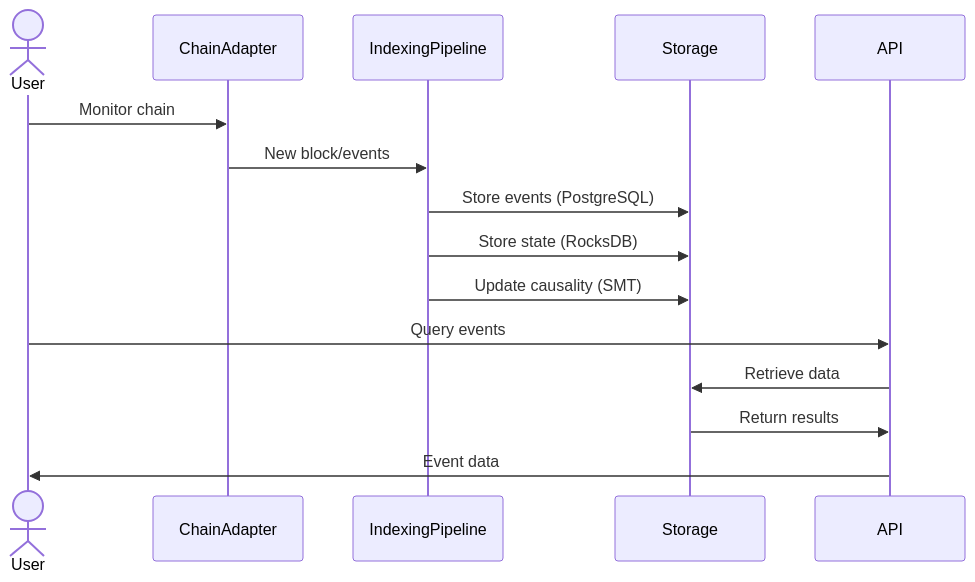
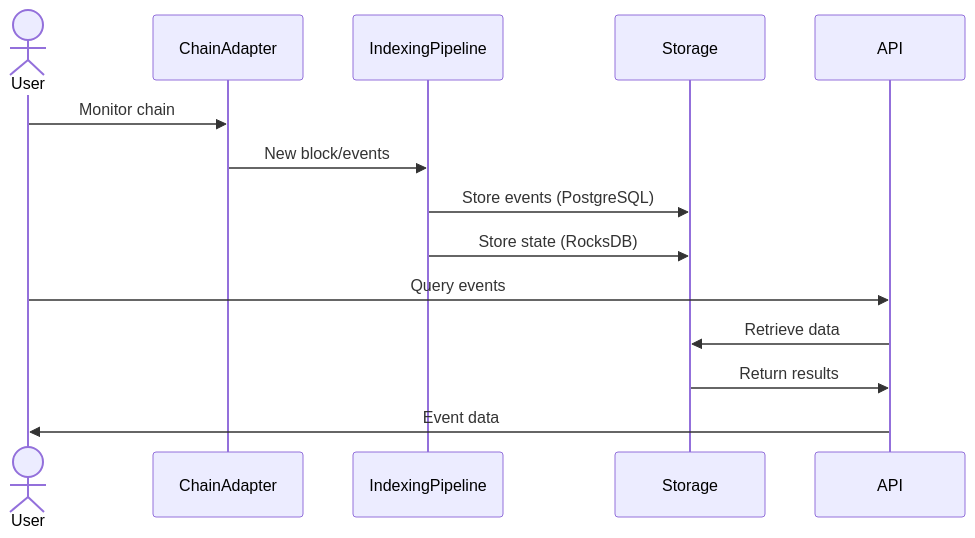
The second of 6 diagrams in docs/001_architecture.md (timewave-computer/almanac), drawn with Mermaid before and after one commit. The commit also changed other lines of this file and 278 other files, not shown here.

````diff
--- a/docs/001_architecture.md
+++ b/docs/001_architecture.md
@@ -67,18 +78,18 @@
 ```mermaid
 sequenceDiagram
     actor User
     participant ChainAdapter
     participant IndexingPipeline
     participant Storage
     participant API
     
     User->>ChainAdapter: Monitor chain
     ChainAdapter->>IndexingPipeline: New block/events
     IndexingPipeline->>Storage: Store events (PostgreSQL)
     IndexingPipeline->>Storage: Store state (RocksDB)
-    IndexingPipeline->>Storage: Update causality (SMT)
+    
     User->>API: Query events
     API->>Storage: Retrieve data
     Storage->>API: Return results
     API->>User: Event data
 ```
````
